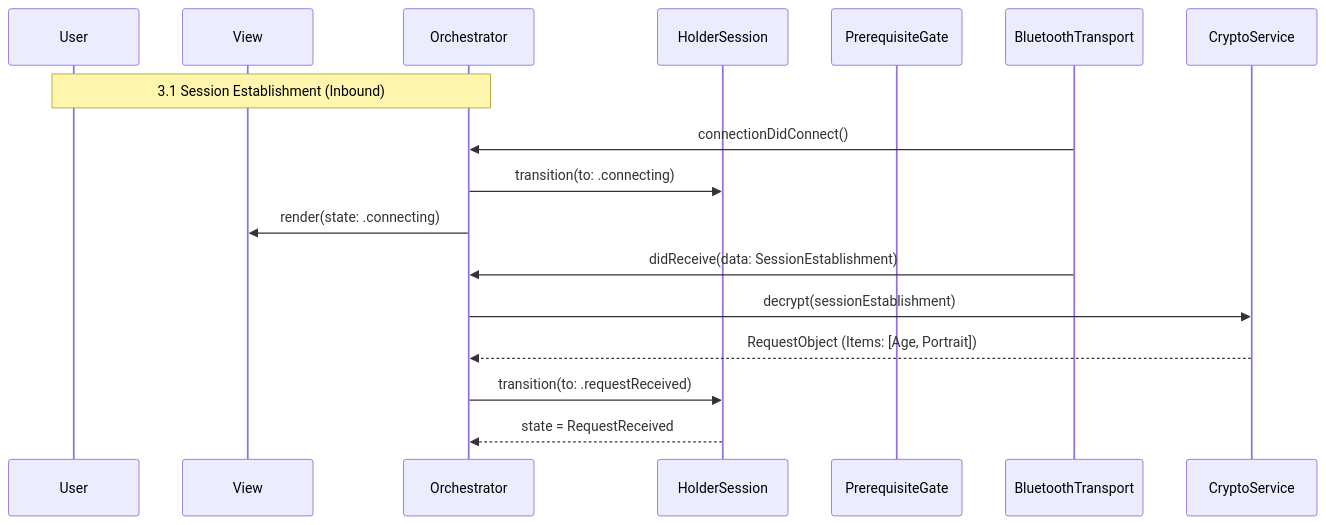
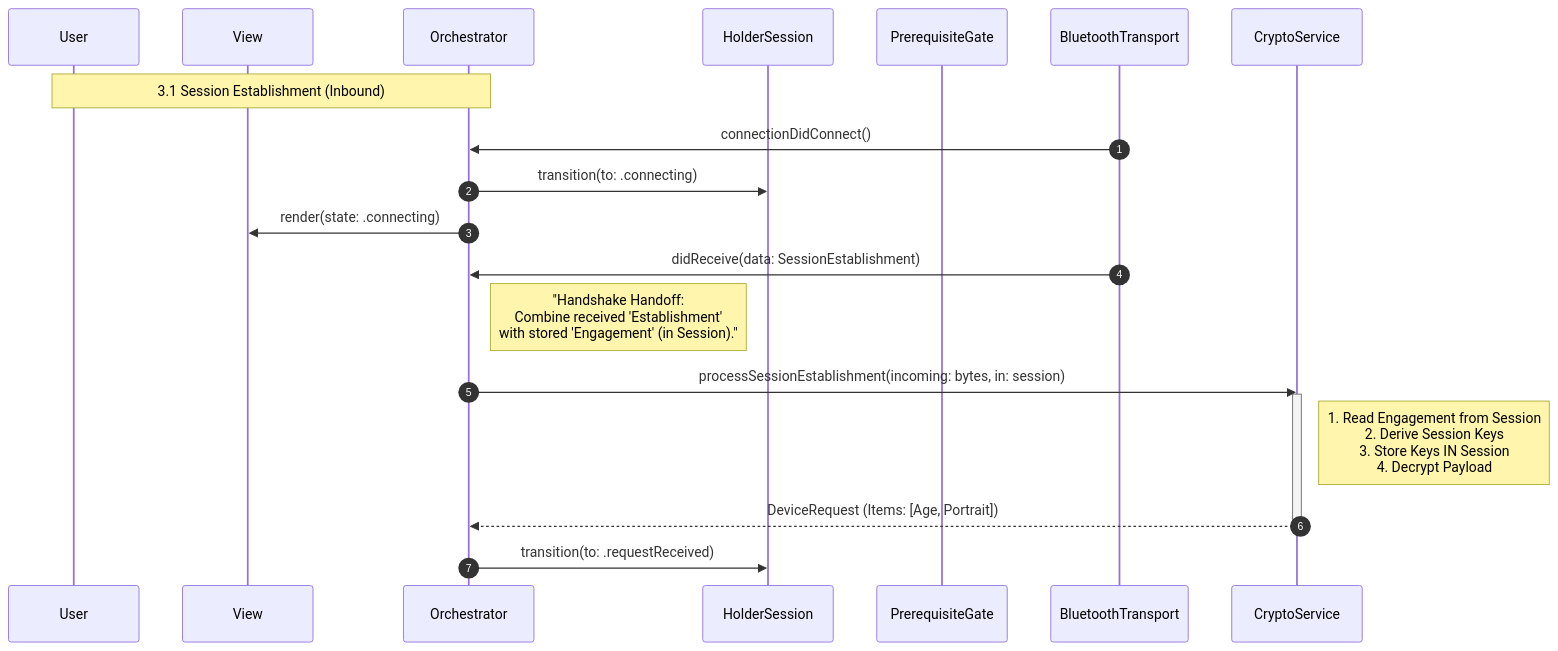
The fourth of 7 diagrams in holder-solution-architecture.md (govuk-one-login/mobile-credential-sharing-docs), drawn with Mermaid before and after one commit. The commit also changed other lines of this file, not shown here.

First line of the commit message:
HolderSession owns resources, not just state.

````diff
--- a/holder-solution-architecture.md
+++ b/holder-solution-architecture.md
@@ -307,19 +416,37 @@
 ```mermaid
 sequenceDiagram
+    autonumber
+
     participant User
     participant UI as View
     participant OR as Orchestrator
     participant HS as HolderSession
     participant PG as PrerequisiteGate
     participant BLE as BluetoothTransport
     participant CRY as CryptoService
+
     Note over User, OR: 3.1 Session Establishment (Inbound)
-    BLE ->> OR: connectionDidConnect()
-    OR ->> HS: transition(to: .connecting)
-    OR ->> UI: render(state: .connecting)
-    BLE ->> OR: didReceive(data: SessionEstablishment)
-    OR ->> CRY: decrypt(sessionEstablishment)
-    CRY -->> OR: RequestObject (Items: [Age, Portrait])
-    OR ->> HS: transition(to: .requestReceived)
-    HS -->> OR: state = RequestReceived
+
+    %% 1. Connection Event
+    BLE->>OR: connectionDidConnect()
+
+    %% 2. State Transition
+    OR->>HS: transition(to: .connecting)
+    OR->>UI: render(state: .connecting)
+
+    %% 3. Receive Data
+    BLE->>OR: didReceive(data: SessionEstablishment)
+
+    %% 4. Handoff
+    Note right of OR: "Handshake Handoff:<br/>Combine received 'Establishment'<br/>with stored 'Engagement' (in Session)."
+
+    OR->>CRY: processSessionEstablishment(incoming: bytes, in: session)
+
+    activate CRY
+    Note right of CRY: 1. Read Engagement from Session<br/>2. Derive Session Keys<br/>3. Store Keys IN Session<br/>4. Decrypt Payload
+    CRY-->>OR: DeviceRequest (Items: [Age, Portrait])
+    deactivate CRY
+
+    %% 5. State Transition
+    OR->>HS: transition(to: .requestReceived)
 ```
````
